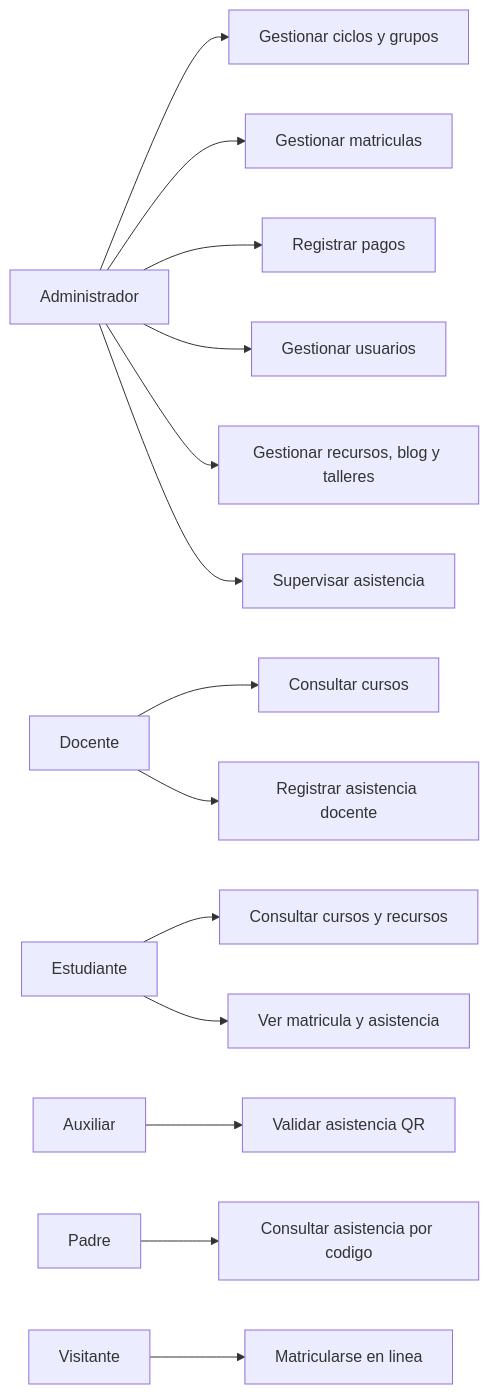
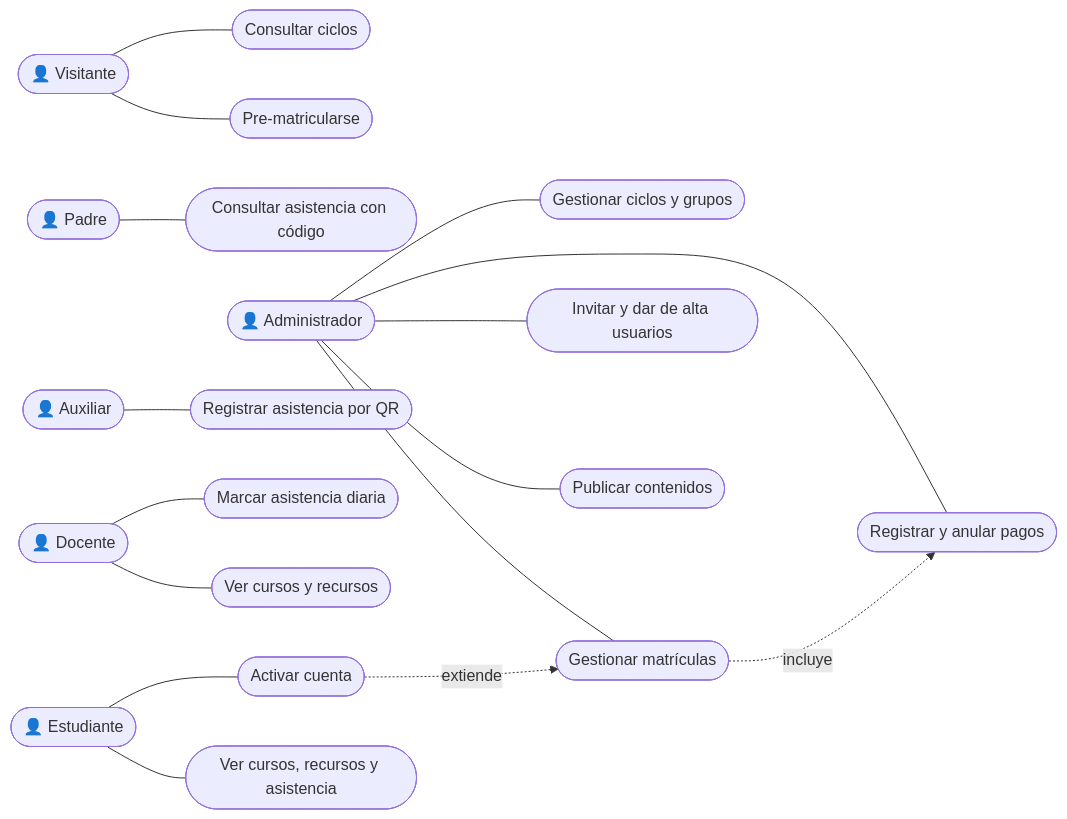
Before and after one commit to yucradavid/Perfil-de-egreso-Plataforma-Web-Integral-CERMAT: the fifth of 12 diagrams in docs/e1-definicion-sistema-ce021.md, drawn with Mermaid. The commit also changed other lines of this file and 50 other files, not shown here.

````diff
--- a/docs/e1-definicion-sistema-ce021.md
+++ b/docs/e1-definicion-sistema-ce021.md
@@ -305,16 +256,11 @@
 ```mermaid
 flowchart LR
-  Admin["Administrador"] --> UC1["Gestionar ciclos y grupos"]
-  Admin --> UC2["Gestionar matriculas"]
-  Admin --> UC3["Registrar pagos"]
-  Admin --> UC4["Gestionar usuarios"]
-  Admin --> UC5["Gestionar recursos, blog y talleres"]
-  Admin --> UC6["Supervisar asistencia"]
-  Docente["Docente"] --> UC7["Consultar cursos"]
-  Docente --> UC8["Registrar asistencia docente"]
-  Estudiante["Estudiante"] --> UC9["Consultar cursos y recursos"]
-  Estudiante --> UC10["Ver matricula y asistencia"]
-  Auxiliar["Auxiliar"] --> UC11["Validar asistencia QR"]
-  Padre["Padre"] --> UC12["Consultar asistencia por codigo"]
-  Visitante["Visitante"] --> UC13["Matricularse en linea"]
+  V(["👤 Visitante"]) --- UC1(["Consultar ciclos"]) & UC2(["Pre-matricularse"])
+  P(["👤 Padre"]) --- UC3(["Consultar asistencia con código"])
+  A(["👤 Administrador"]) --- UC4(["Gestionar ciclos y grupos"]) & UC5(["Gestionar matrículas"]) & UC6(["Registrar y anular pagos"]) & UC7(["Invitar y dar de alta usuarios"]) & UC8(["Publicar contenidos"])
+  X(["👤 Auxiliar"]) --- UC9(["Registrar asistencia por QR"])
+  D(["👤 Docente"]) --- UC10(["Marcar asistencia diaria"]) & UC11(["Ver cursos y recursos"])
+  E(["👤 Estudiante"]) --- UC12(["Activar cuenta"]) & UC13(["Ver cursos, recursos y asistencia"])
+  UC5 -. incluye .-> UC6
+  UC12 -. extiende .-> UC5
 ```
````
